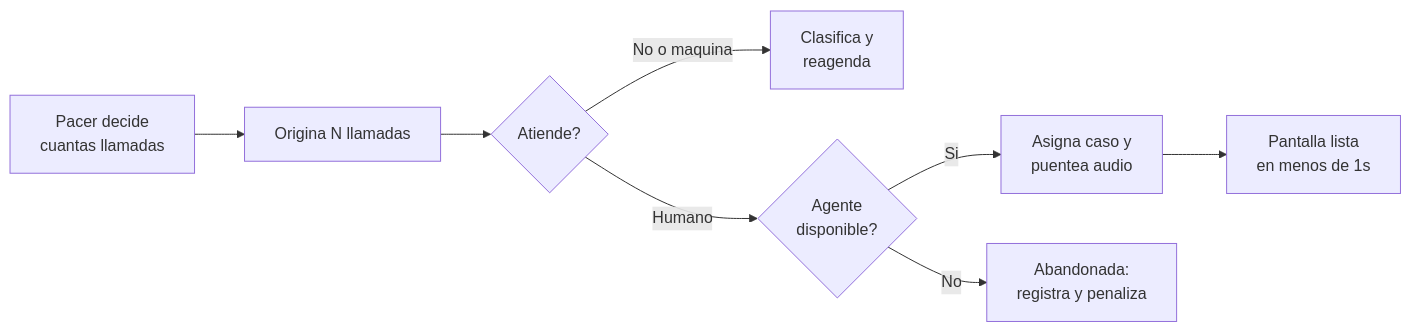
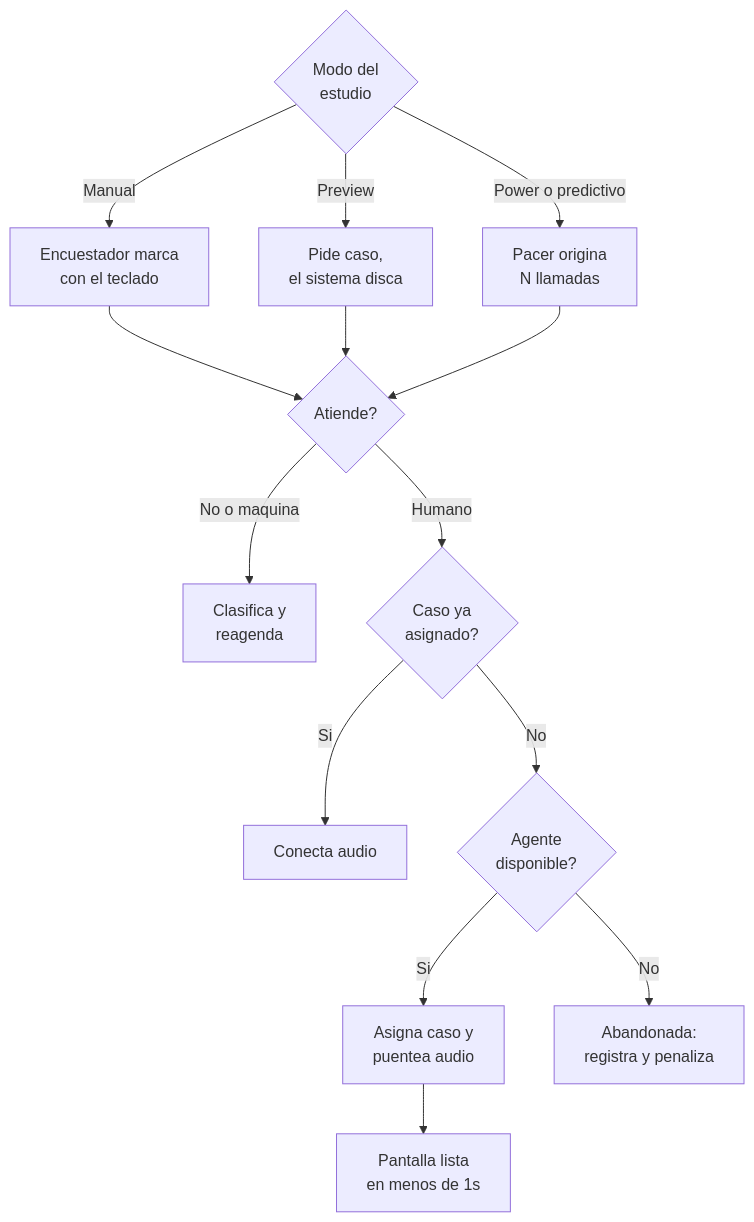
One commit to araujomelogno/invoke2 changed the first of 2 diagrams in docs/INVOKE 2.0 — PRD por fases y decisiones de arquitectura.md. Above: the diagram before and after it, drawn with Mermaid. The commit also changed other lines of this file and 1 other file, not shown here.

````diff
--- a/docs/INVOKE 2.0 — PRD por fases y decisiones de arquitectura.md
+++ b/docs/INVOKE 2.0 — PRD por fases y decisiones de arquitectura.md
@@ -83,10 +84,16 @@
 ```mermaid
-flowchart LR
-  A[Pacer decide<br/>cuantas llamadas] --> B[Origina N llamadas]
-  B --> C{Atiende?}
+flowchart TD
+  M{Modo del<br/>estudio} -->|Manual| M1[Encuestador marca<br/>con el teclado]
+  M -->|Preview| P1[Pide caso,<br/>el sistema disca]
+  M -->|Power o predictivo| A[Pacer origina<br/>N llamadas]
+  M1 --> C{Atiende?}
+  P1 --> C
+  A --> C
   C -->|No o maquina| D[Clasifica y<br/>reagenda]
-  C -->|Humano| E{Agente<br/>disponible?}
-  E -->|Si| F[Asigna caso y<br/>puentea audio]
-  E -->|No| G[Abandonada:<br/>registra y penaliza]
-  F --> H[Pantalla lista<br/>en menos de 1s]
+  C -->|Humano| E{Caso ya<br/>asignado?}
+  E -->|Si| F[Conecta audio]
+  E -->|No| G{Agente<br/>disponible?}
+  G -->|Si| H[Asigna caso y<br/>puentea audio]
+  G -->|No| I[Abandonada:<br/>registra y penaliza]
+  H --> J[Pantalla lista<br/>en menos de 1s]
 ```
````
